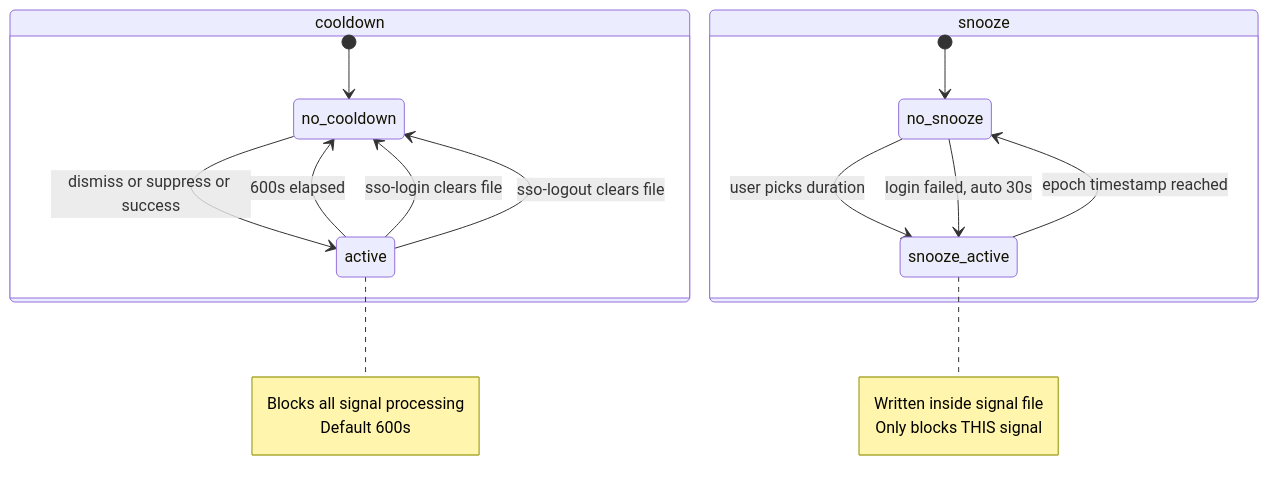
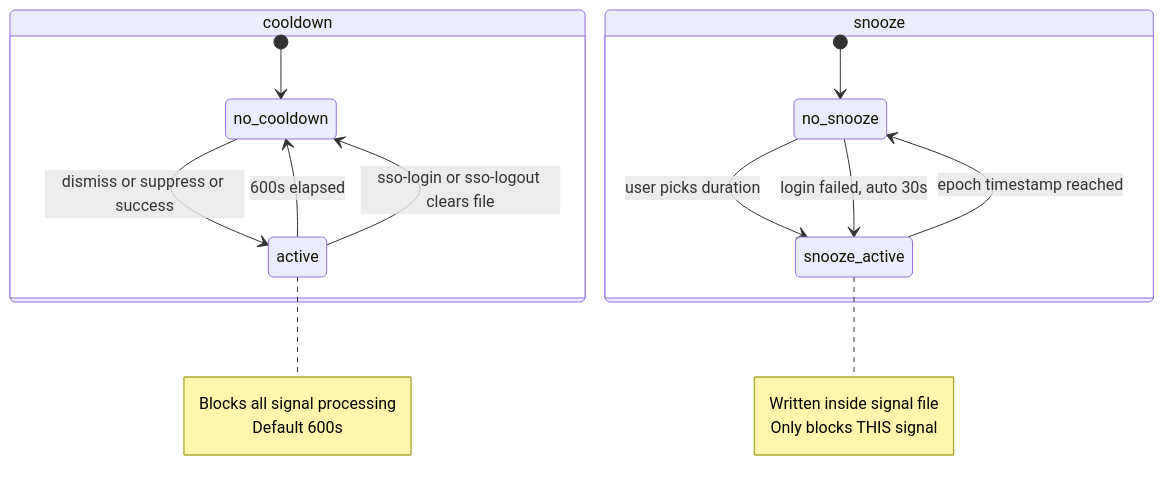
One commit to rp-arielrodriguez/bazel-aws-maven-proxy changed the third of 3 diagrams in docs/state-machine.md. Above: the diagram before and after it, drawn with Mermaid.

Commit message:
merge duplicate cooldown transitions in state diagram

````diff
--- a/docs/state-machine.md
+++ b/docs/state-machine.md
@@ -83,25 +83,24 @@
 ```mermaid
 stateDiagram-v2
     state cooldown {
         [*] --> no_cooldown
         no_cooldown --> active : dismiss or suppress or success
         active --> no_cooldown : 600s elapsed
-        active --> no_cooldown : sso-login clears file
-        active --> no_cooldown : sso-logout clears file
+        active --> no_cooldown : sso-login or sso-logout clears file
         note right of active
             Blocks all signal processing
             Default 600s
         end note
     }
 
     state snooze {
         [*] --> no_snooze
         no_snooze --> snooze_active : user picks duration
         no_snooze --> snooze_active : login failed, auto 30s
         snooze_active --> no_snooze : epoch timestamp reached
         note right of snooze_active
             Written inside signal file
             Only blocks THIS signal
         end note
     }
 ```
````
